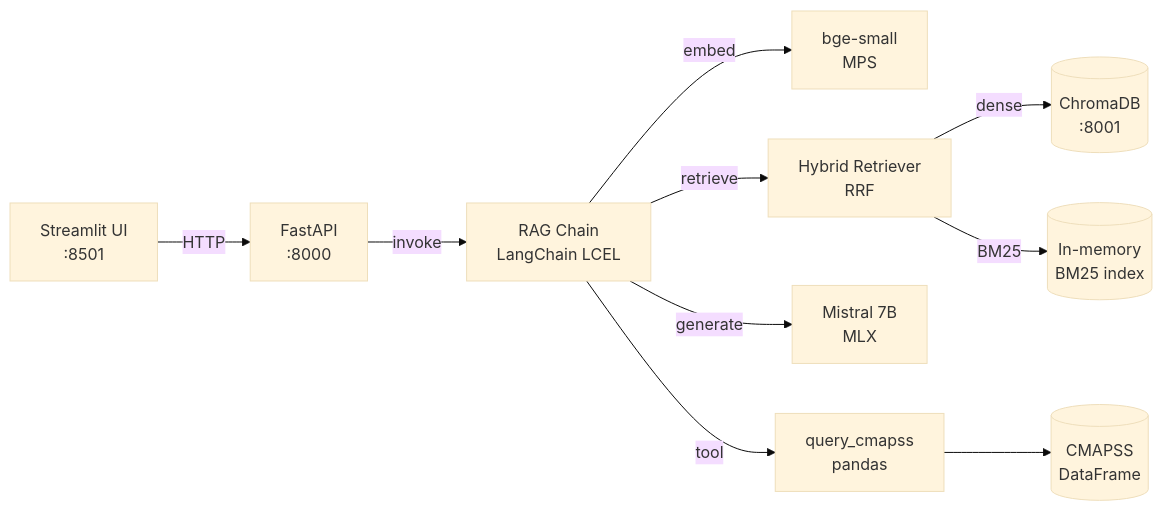
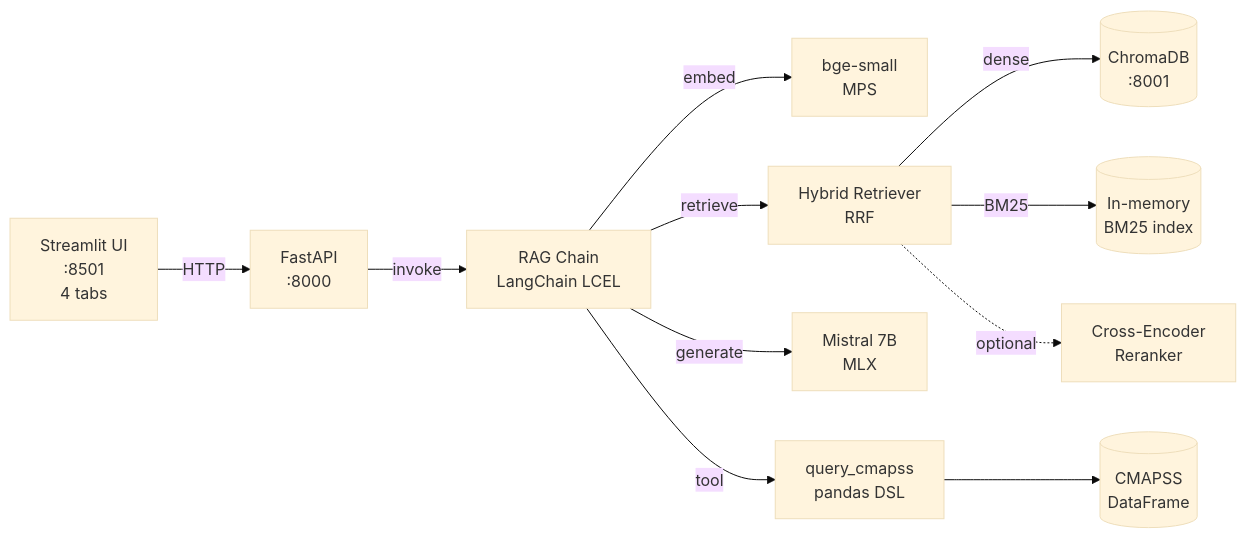
One commit to PDUCLOS/maintenance changed the diagram in README.md. Above: the diagram before and after it, drawn with Mermaid (base theme). The commit also changed other lines of this file and 7 other files, not shown here.

First line of the commit message:
feat(rag): cross-encoder reranker + README polish + demo questions (W4)

````diff
--- a/README.md
+++ b/README.md
@@ -64,12 +105,13 @@
 ```mermaid
 flowchart LR
-    UI[Streamlit UI<br/>:8501] -->|HTTP| API[FastAPI<br/>:8000]
+    UI[Streamlit UI<br/>:8501<br/>4 tabs] -->|HTTP| API[FastAPI<br/>:8000]
     API -->|invoke| RAG[RAG Chain<br/>LangChain LCEL]
     RAG -->|embed| EMB[bge-small<br/>MPS]
     RAG -->|retrieve| HYB[Hybrid Retriever<br/>RRF]
     HYB -->|dense| CHR[(ChromaDB<br/>:8001)]
     HYB -->|BM25| BM25[(In-memory<br/>BM25 index)]
+    HYB -.->|optional| RR[Cross-Encoder<br/>Reranker]
     RAG -->|generate| LLM[Mistral 7B<br/>MLX]
-    RAG -->|tool| TOOL[query_cmapss<br/>pandas]
+    RAG -->|tool| TOOL[query_cmapss<br/>pandas DSL]
     TOOL --> DF[(CMAPSS<br/>DataFrame)]
 ```
````
